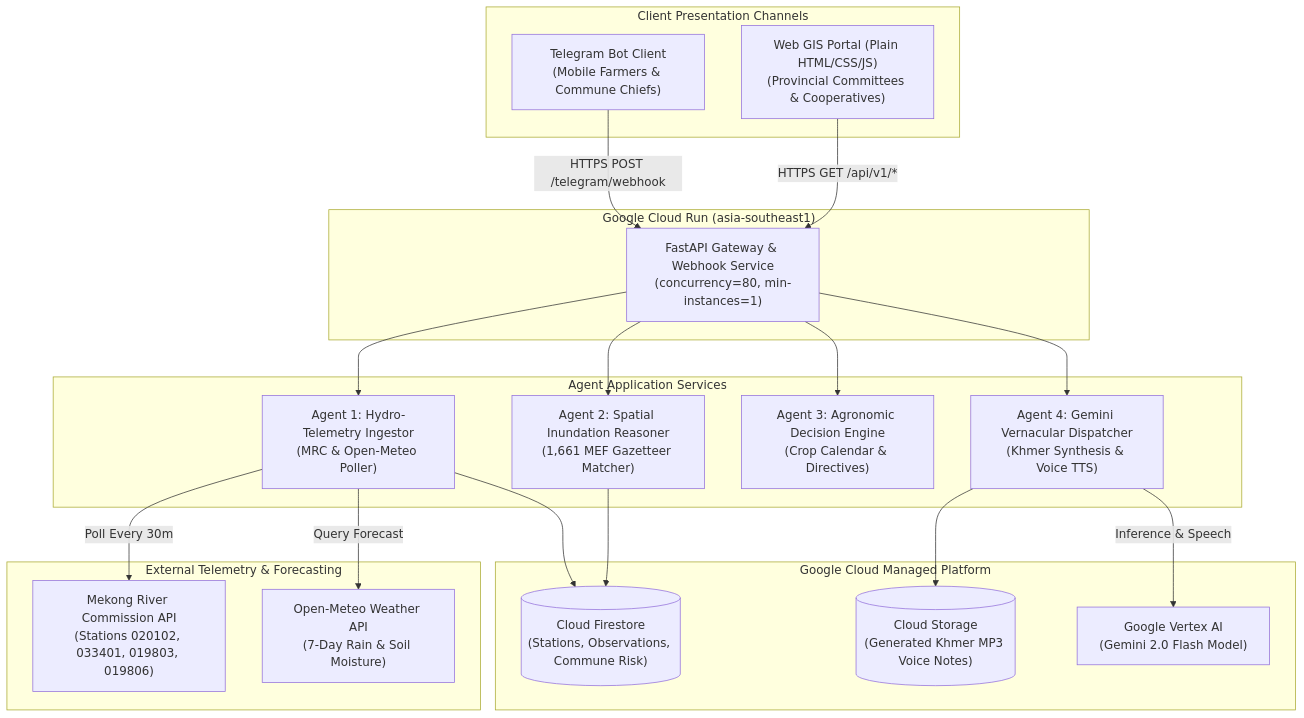
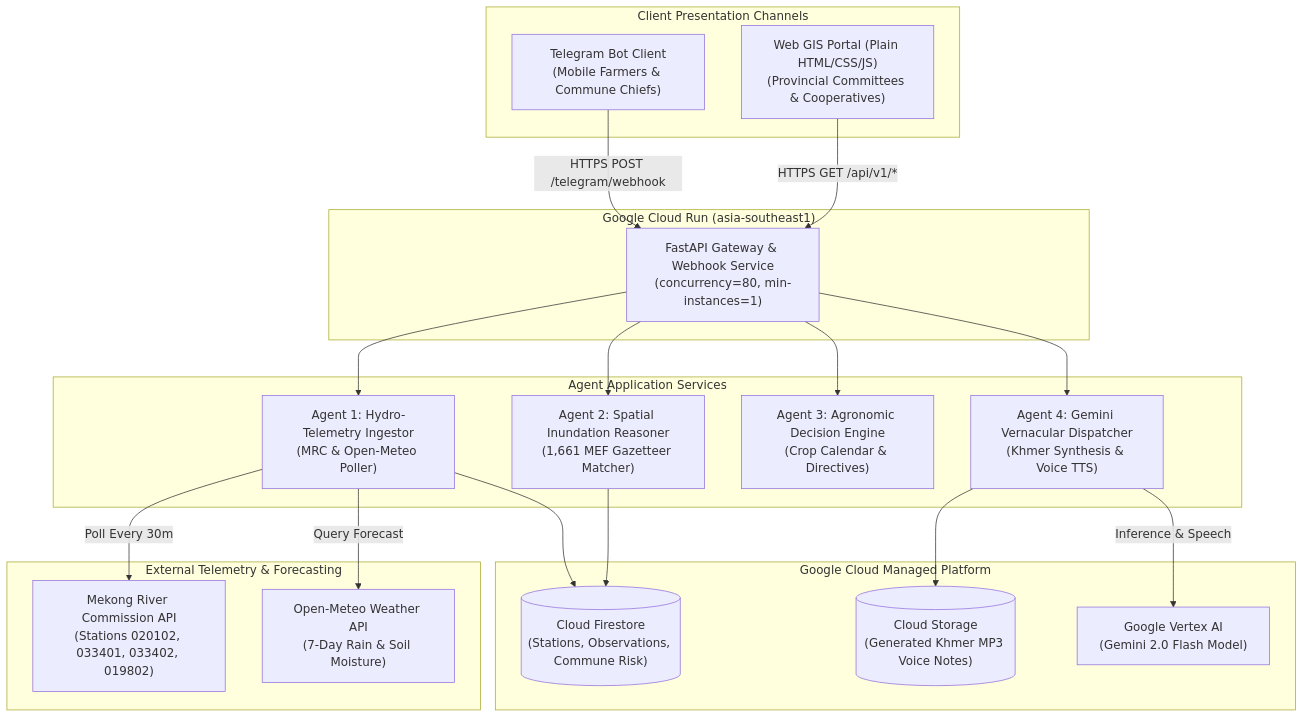
The first of 2 diagrams in technical-report.md (SunchhayK/mekongpulse), drawn with Mermaid before and after one commit. The commit also changed other lines of this file and 13 other files, not shown here.

````diff
--- a/technical-report.md
+++ b/technical-report.md
@@ -111,44 +111,44 @@
 ```mermaid
 flowchart TD
   subgraph ClientChannels["Client Presentation Channels"]
     Telegram["Telegram Bot Client\n(Mobile Farmers & Commune Chiefs)"]
     WebDashboard["Web GIS Portal (Plain HTML/CSS/JS)\n(Provincial Committees & Cooperatives)"]
   end
 
   subgraph IngressPlatform["Google Cloud Run (asia-southeast1)"]
     FastAPIApp["FastAPI Gateway & Webhook Service\n(concurrency=80, min-instances=1)"]
   end
 
   subgraph MultiAgentEngine["Agent Application Services"]
     IngestAgent["Agent 1: Hydro-Telemetry Ingestor\n(MRC & Open-Meteo Poller)"]
     SpatialAgent["Agent 2: Spatial Inundation Reasoner\n(1,661 MEF Gazetteer Matcher)"]
     AgriAgent["Agent 3: Agronomic Decision Engine\n(Crop Calendar & Directives)"]
     VernacularAgent["Agent 4: Gemini Vernacular Dispatcher\n(Khmer Synthesis & Voice TTS)"]
   end
 
   subgraph GoogleCloudData["Google Cloud Managed Platform"]
     Firestore[("Cloud Firestore\n(Stations, Observations, Commune Risk)")]
     GCS[("Cloud Storage\n(Generated Khmer MP3 Voice Notes)")]
     VertexAI["Google Vertex AI\n(Gemini 2.0 Flash Model)"]
   end
 
   subgraph ExternalAPIs["External Telemetry & Forecasting"]
-    MRC["Mekong River Commission API\n(Stations 020102, 033401, 019803, 019806)"]
+    MRC["Mekong River Commission API\n(Stations 020102, 033401, 033402, 019802)"]
     OpenMeteo["Open-Meteo Weather API\n(7-Day Rain & Soil Moisture)"]
   end
 
   Telegram -->|HTTPS POST /telegram/webhook| FastAPIApp
   WebDashboard -->|HTTPS GET /api/v1/*| FastAPIApp
   FastAPIApp --> IngestAgent
   FastAPIApp --> SpatialAgent
   FastAPIApp --> AgriAgent
   FastAPIApp --> VernacularAgent
 
   IngestAgent -->|Poll Every 30m| MRC
   IngestAgent -->|Query Forecast| OpenMeteo
   VernacularAgent -->|Inference & Speech| VertexAI
 
   IngestAgent --> Firestore
   SpatialAgent --> Firestore
   VernacularAgent --> GCS
 ```
````
